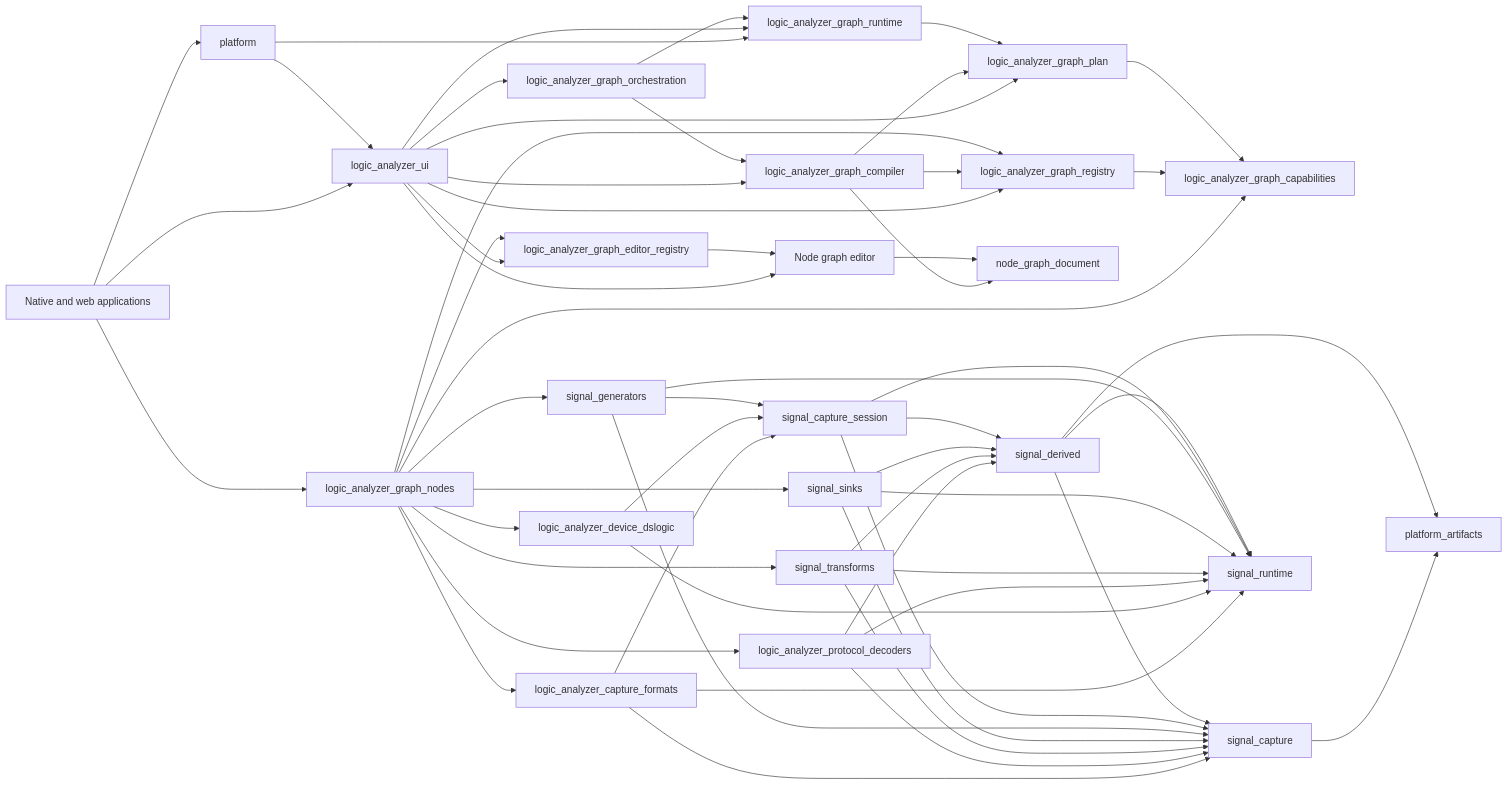
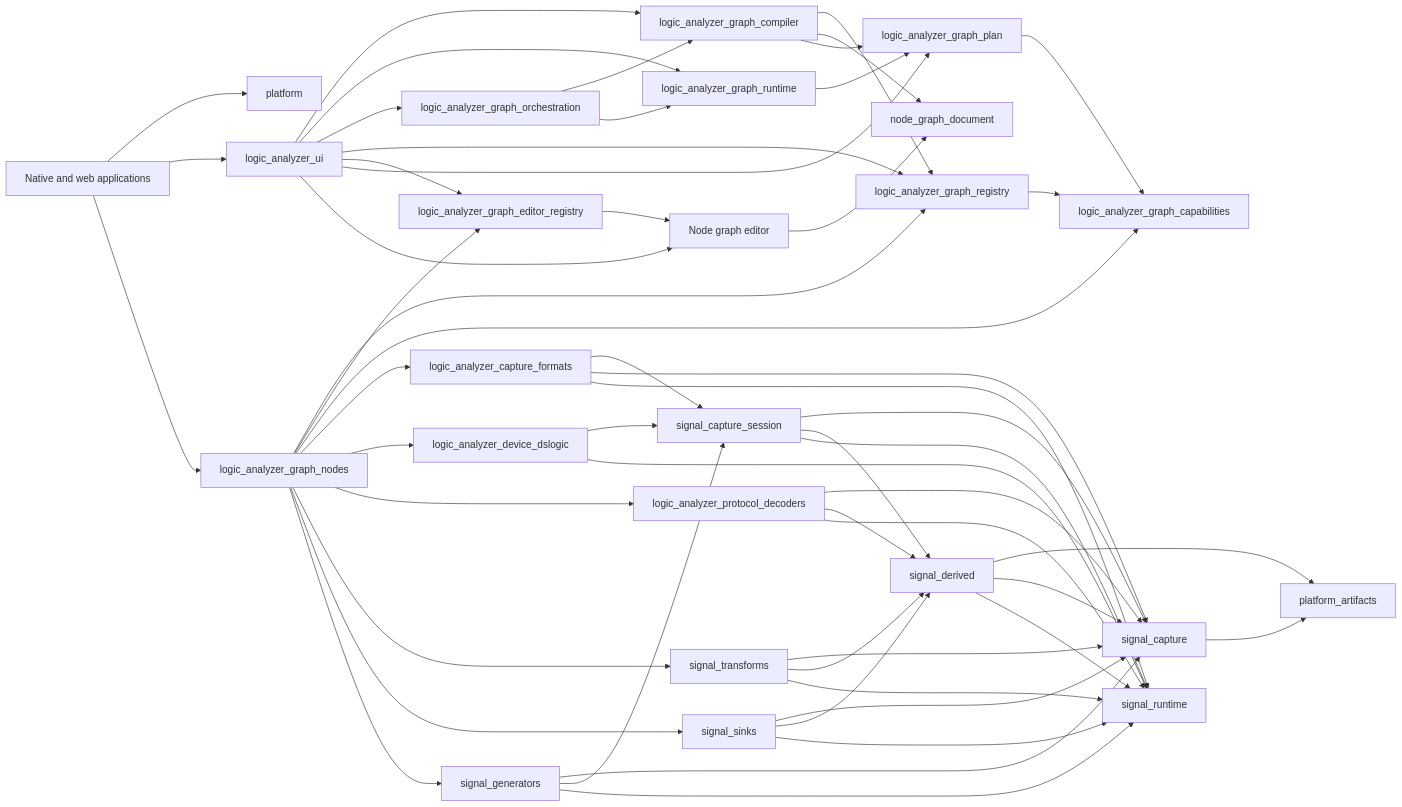
Before and after one commit to rcaelers/dsl: the diagram in docs/architecture/graph_composition.md, drawn with Mermaid. The commit also changed 8 other files, not shown here.

Commit message:
docs(architecture): align ownership rules with split crates

````diff
--- a/docs/architecture/graph_composition.md
+++ b/docs/architecture/graph_composition.md
@@ -33,62 +33,60 @@
 ```mermaid
 flowchart LR
     Apps[Native and web applications] --> Platform[platform]
     Apps --> UI[logic_analyzer_ui]
     Apps --> Nodes[logic_analyzer_graph_nodes]
-    Platform --> UI
-    Platform --> Runtime[logic_analyzer_graph_runtime]
 
     UI --> Compiler[logic_analyzer_graph_compiler]
-    UI --> Runtime
+    UI --> Runtime[logic_analyzer_graph_runtime]
     UI --> Orchestration[logic_analyzer_graph_orchestration]
     UI --> Registry[logic_analyzer_graph_registry]
     UI --> EditorRegistry[logic_analyzer_graph_editor_registry]
     UI --> Plan[logic_analyzer_graph_plan]
     UI --> Editor[Node graph editor]
 
     Orchestration --> Compiler
     Orchestration --> Runtime
     Compiler --> Registry
     Compiler --> Document[node_graph_document]
     Compiler --> Plan
     Runtime --> Plan
 
     Nodes --> Registry
     Nodes --> EditorRegistry
     Nodes --> Capabilities[logic_analyzer_graph_capabilities]
     Nodes --> Formats[logic_analyzer_capture_formats]
     Nodes --> Device[logic_analyzer_device_dslogic]
     Nodes --> Decoders[logic_analyzer_protocol_decoders]
     Nodes --> Transforms[signal_transforms]
     Nodes --> Sinks[signal_sinks]
     Nodes --> Generators[signal_generators]
     Registry --> Capabilities
     EditorRegistry --> Editor
     Editor --> Document
     Plan --> Capabilities
 
     Formats --> Session[signal_capture_session]
     Formats --> Capture[signal_capture]
     Formats --> Stream[signal_runtime]
     Device --> Session
     Device --> Stream
     Decoders --> Capture
     Decoders --> Derived[signal_derived]
     Decoders --> Stream
     Transforms --> Capture
     Transforms --> Derived
     Transforms --> Stream
     Sinks --> Capture
     Sinks --> Derived
     Sinks --> Stream
     Generators --> Capture
     Generators --> Session
     Generators --> Stream
     Session --> Capture
     Session --> Derived
     Session --> Stream
     Capture --> Artifacts[platform_artifacts]
     Derived --> Artifacts
     Derived --> Capture
     Derived --> Stream
 ```
````
